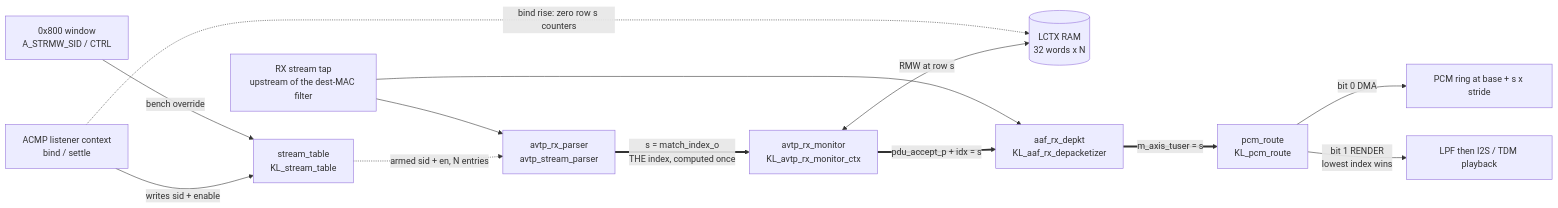
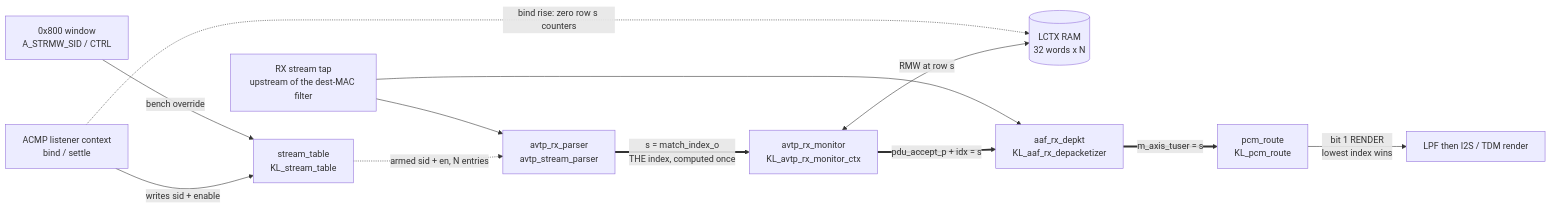
Before and after one commit to kebag-logic/milan-fpga: the second of 4 diagrams in docs/history/v1/NXN_ARCHITECTURE.md, drawn with Mermaid. The commit also changed other lines of this file and 377 other files, not shown here.

````diff
--- a/docs/history/v1/NXN_ARCHITECTURE.md
+++ b/docs/history/v1/NXN_ARCHITECTURE.md
@@ -183,15 +183,14 @@
 ```mermaid
 flowchart LR
     ACMP["ACMP listener context<br/>bind / settle"] -->|"writes sid + enable"| TBL
     CSR["0x800 window<br/>A_STRMW_SID / CTRL"] -->|"bench override"| TBL
     TBL["stream_table<br/>KL_stream_table"] -.->|"armed sid + en, N entries"| PAR
     WIRE["RX stream tap<br/>upstream of the dest-MAC filter"] --> PAR
     PAR["avtp_rx_parser<br/>avtp_stream_parser"] ==>|"s = match_index_o<br/>THE index, computed once"| MON
     MON["avtp_rx_monitor<br/>KL_avtp_rx_monitor_ctx"] <-->|"RMW at row s"| LCTX[("LCTX RAM<br/>32 words x N")]
     MON ==>|"pdu_accept_p + idx = s"| DEP
     WIRE --> DEP["aaf_rx_depkt<br/>KL_aaf_rx_depacketizer"]
     DEP ==>|"m_axis_tuser = s"| RTE["pcm_route<br/>KL_pcm_route"]
-    RTE -->|"bit 0 DMA"| RING["PCM ring at base + s x stride"]
-    RTE -->|"bit 1 RENDER<br/>lowest index wins"| LPF["LPF then I2S / TDM playback"]
+    RTE -->|"bit 1 RENDER<br/>lowest index wins"| LPF["LPF then I2S / TDM render"]
     ACMP -.->|"bind rise: zero row s counters"| LCTX
 ```
````
